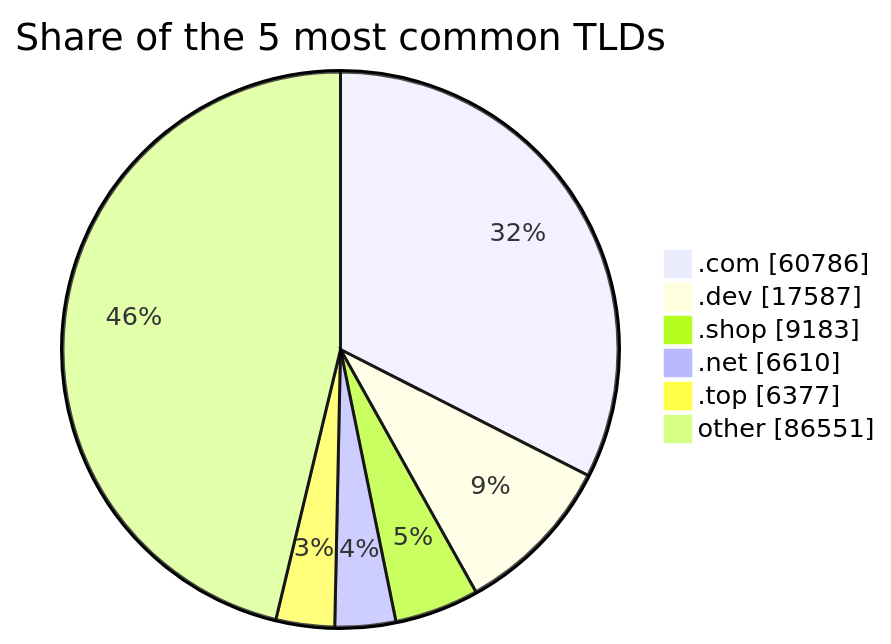
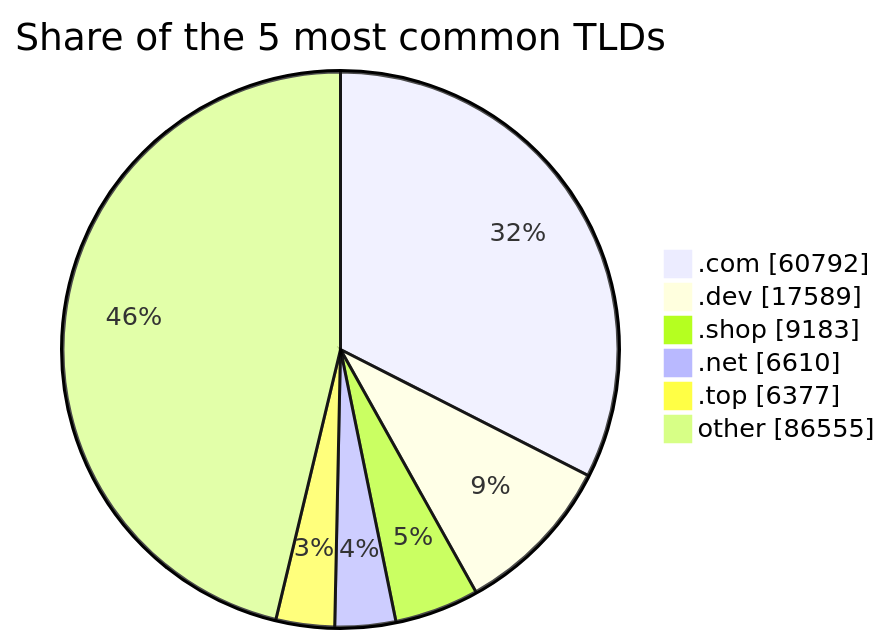
The third of 3 diagrams in README.md (DNSBunker/CTI), drawn with Mermaid before and after one commit. The commit also changed other lines of this file and 3 other files, not shown here.

````diff
--- a/README.md
+++ b/README.md
@@ -81,9 +81,9 @@
 ```mermaid
 pie showData title Share of the 5 most common TLDs
-    ".com" : 60786
-    ".dev" : 17587
+    ".com" : 60792
+    ".dev" : 17589
     ".shop" : 9183
     ".net" : 6610
     ".top" : 6377
-    "other" : 86551
+    "other" : 86555
 ```
````
